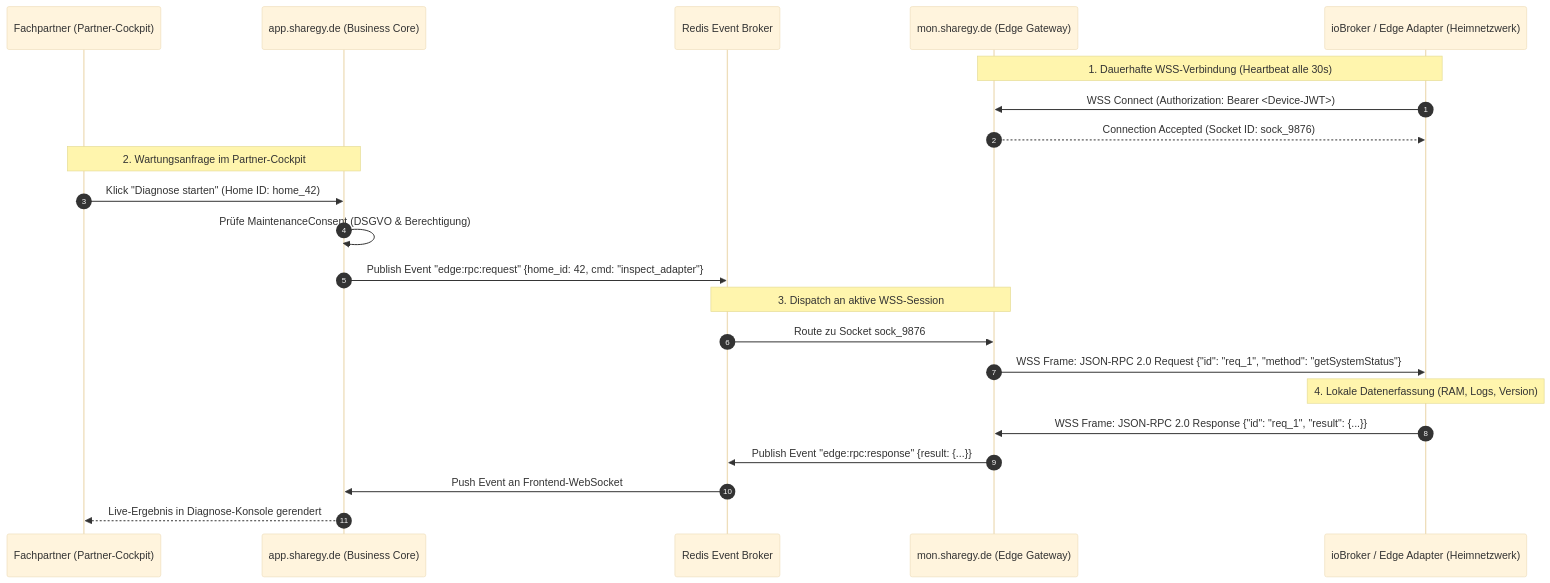
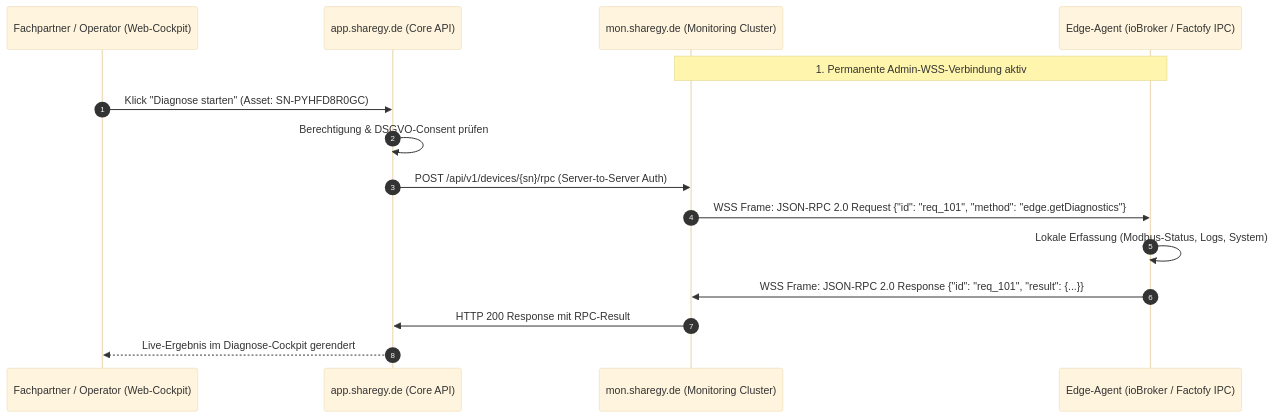
The diagram in docs/architecture/DECOUPLED_MONITORING_AND_REMOTE_RPC_ARCHITECTURE.md (smartcuc/homeassistant-sharegy), drawn with Mermaid (base theme) before and after one commit. The commit also changed other lines of this file and 1 other file, not shown here.

Commit message:
docs: document multi-product dual-plane architecture and continuous 5-min in-flight database backup engine

````diff
--- a/docs/architecture/DECOUPLED_MONITORING_AND_REMOTE_RPC_ARCHITECTURE.md
+++ b/docs/architecture/DECOUPLED_MONITORING_AND_REMOTE_RPC_ARCHITECTURE.md
@@ -80,28 +84,18 @@
 ```mermaid
 sequenceDiagram
     autonumber
-    participant Installateur as Fachpartner (Partner-Cockpit)
-    participant App as app.sharegy.de (Business Core)
-    participant Redis as Redis Event Broker
-    participant Mon as mon.sharegy.de (Edge Gateway)
-    participant ioBroker as ioBroker / Edge Adapter (Heimnetzwerk)
+    participant Partner as Fachpartner / Operator (Web-Cockpit)
+    participant Core as app.sharegy.de (Core API)
+    participant Mon as mon.sharegy.de (Monitoring Cluster)
+    participant Edge as Edge-Agent (ioBroker / Factofy IPC)
 
-    Note over ioBroker,Mon: 1. Dauerhafte WSS-Verbindung (Heartbeat alle 30s)
-    ioBroker->>Mon: WSS Connect (Authorization: Bearer <Device-JWT>)
-    Mon-->>ioBroker: Connection Accepted (Socket ID: sock_9876)
-
-    Note over Installateur,App: 2. Wartungsanfrage im Partner-Cockpit
-    Installateur->>App: Klick "Diagnose starten" (Home ID: home_42)
-    App->>App: Prüfe MaintenanceConsent (DSGVO & Berechtigung)
-    App->>Redis: Publish Event "edge:rpc:request" {home_id: 42, cmd: "inspect_adapter"}
-
-    Note over Redis,Mon: 3. Dispatch an aktive WSS-Session
-    Redis->>Mon: Route zu Socket sock_9876
-    Mon->>ioBroker: WSS Frame: JSON-RPC 2.0 Request {"id": "req_1", "method": "getSystemStatus"}
-
-    Note over ioBroker: 4. Lokale Datenerfassung (RAM, Logs, Version)
-    ioBroker->>Mon: WSS Frame: JSON-RPC 2.0 Response {"id": "req_1", "result": {...}}
-    Mon->>Redis: Publish Event "edge:rpc:response" {result: {...}}
-    Redis->>App: Push Event an Frontend-WebSocket
-    App-->>Installateur: Live-Ergebnis in Diagnose-Konsole gerendert
+    Note over Edge,Mon: 1. Permanente Admin-WSS-Verbindung aktiv
+    Partner->>Core: Klick "Diagnose starten" (Asset: SN-PYHFD8R0GC)
+    Core->>Core: Berechtigung & DSGVO-Consent prüfen
+    Core->>Mon: POST /api/v1/devices/{sn}/rpc (Server-to-Server Auth)
+    Mon->>Edge: WSS Frame: JSON-RPC 2.0 Request {"id": "req_101", "method": "edge.getDiagnostics"}
+    Edge->>Edge: Lokale Erfassung (Modbus-Status, Logs, System)
+    Edge->>Mon: WSS Frame: JSON-RPC 2.0 Response {"id": "req_101", "result": {...}}
+    Mon->>Core: HTTP 200 Response mit RPC-Result
+    Core-->>Partner: Live-Ergebnis im Diagnose-Cockpit gerendert
 ```
````
